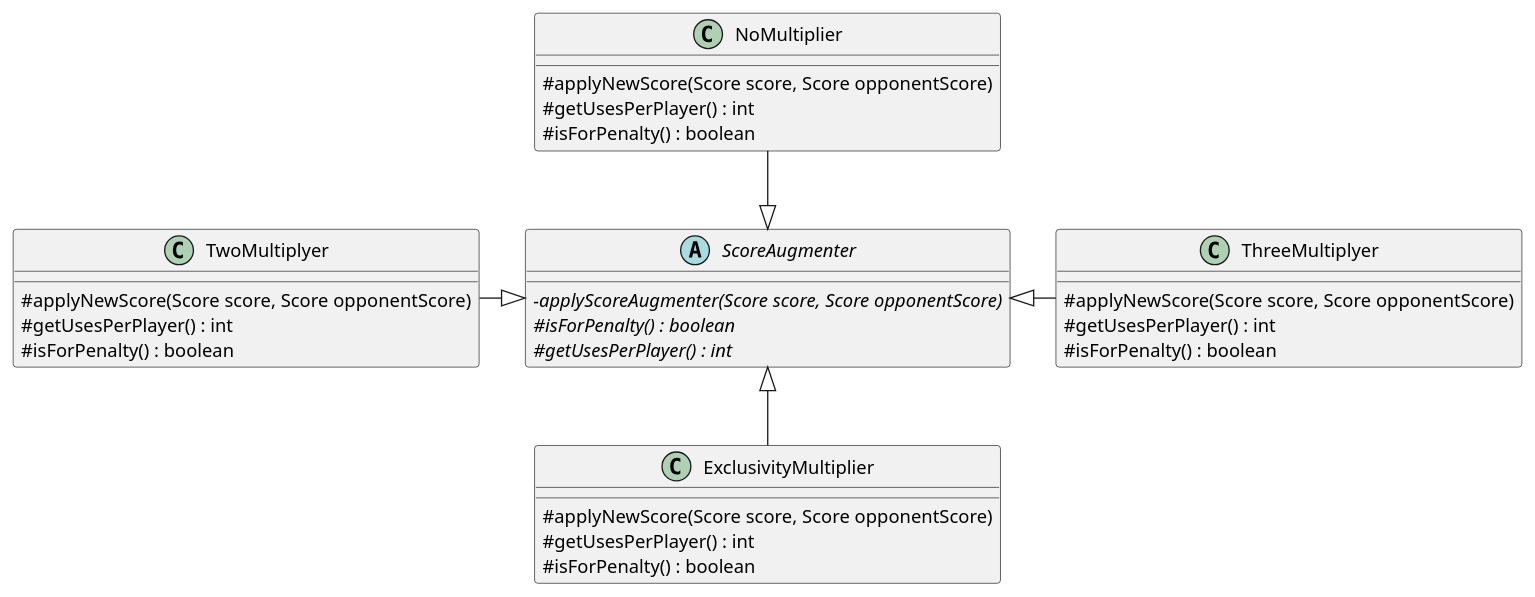
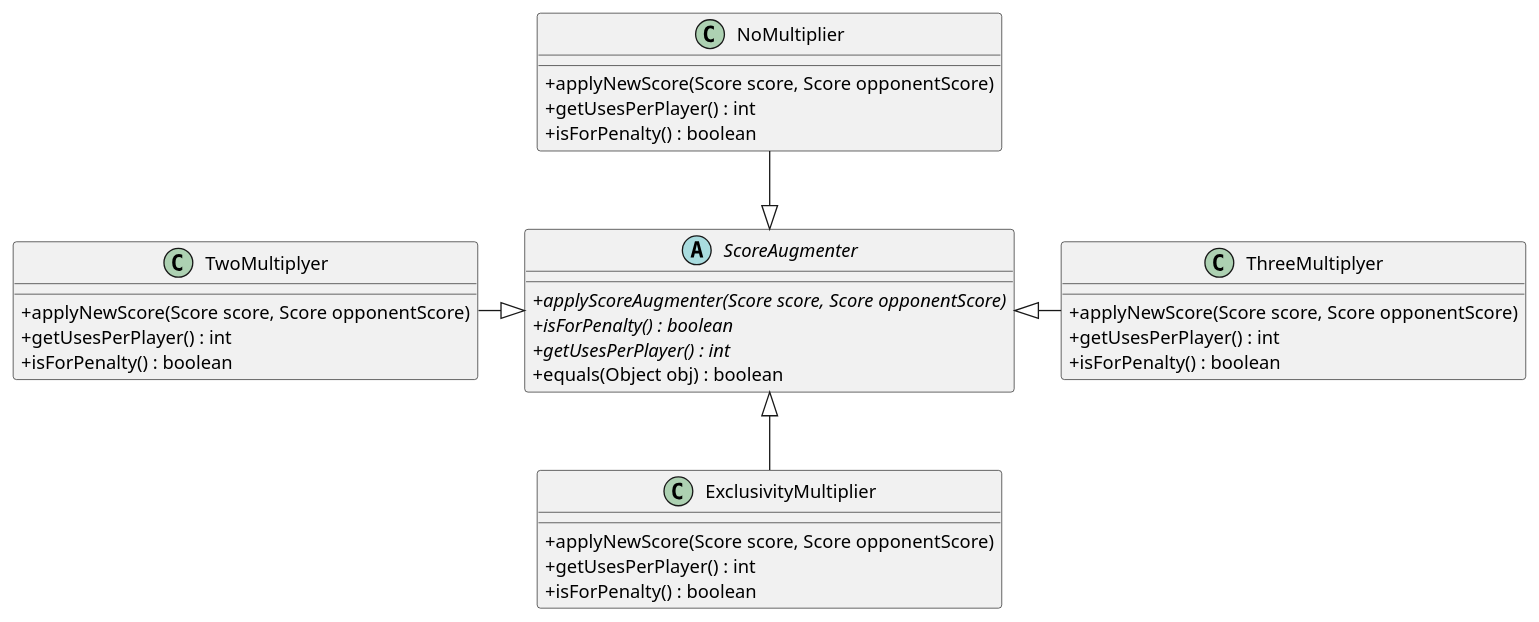
Before and after one commit to GEscandar/TP2-Kahoot: the diagram in docs/DiagramaClases-DetalleAugmentation.plantuml, drawn with PlantUML. The commit also changed 4 other files, not shown here.

Commit message:
Más correcciones sobre diagramas

```diff
--- a/docs/DiagramaClases-DetalleAugmentation.plantuml
+++ b/docs/DiagramaClases-DetalleAugmentation.plantuml
@@ -1,42 +1,43 @@
 @startuml DiagramaUML-DetalleAugmentation-TP2
 
 skinparam classAttributeIconSize 0
 
 abstract ScoreAugmenter{
-    - {abstract}applyScoreAugmenter(Score score, Score opponentScore)
-    # {abstract}isForPenalty() : boolean
-    # {abstract}getUsesPerPlayer() : int
+    + {abstract}applyScoreAugmenter(Score score, Score opponentScore)
+    + {abstract}isForPenalty() : boolean
+    + {abstract}getUsesPerPlayer() : int
+    + equals(Object obj) : boolean
 }
 
 class ThreeMultiplyer{
-    # applyNewScore(Score score, Score opponentScore)
-    # getUsesPerPlayer() : int
-    # isForPenalty() : boolean
+    + applyNewScore(Score score, Score opponentScore)
+    + getUsesPerPlayer() : int
+    + isForPenalty() : boolean
 }
 
 class TwoMultiplyer{
-    # applyNewScore(Score score, Score opponentScore)
-    # getUsesPerPlayer() : int
-    # isForPenalty() : boolean
+    + applyNewScore(Score score, Score opponentScore)
+    + getUsesPerPlayer() : int
+    + isForPenalty() : boolean
 }
 
 class ExclusivityMultiplier{
-    # applyNewScore(Score score, Score opponentScore)
-    # getUsesPerPlayer() : int
-    # isForPenalty() : boolean
+    + applyNewScore(Score score, Score opponentScore)
+    + getUsesPerPlayer() : int
+    + isForPenalty() : boolean
 }
 
 class NoMultiplier{
-    # applyNewScore(Score score, Score opponentScore)
-    # getUsesPerPlayer() : int
-    # isForPenalty() : boolean
+    + applyNewScore(Score score, Score opponentScore)
+    + getUsesPerPlayer() : int
+    + isForPenalty() : boolean
 }
 
 
 ThreeMultiplyer --left|> ScoreAugmenter
 TwoMultiplyer --right|> ScoreAugmenter
 NoMultiplier --down|> ScoreAugmenter
 
 ExclusivityMultiplier --up|> ScoreAugmenter
 
 @enduml
```
